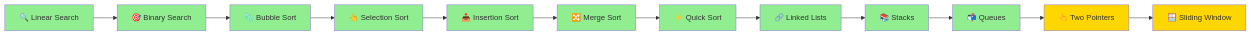
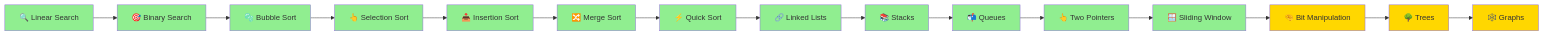
One commit to Shivambansal96/Shreyas-Engineering-Clg-Hyd changed the diagram in Readme.md. Above: the diagram before and after it, drawn with Mermaid. The commit also changed other lines of this file and 2 other files, not shown here.

````diff
--- a/Readme.md
+++ b/Readme.md
@@ -122,27 +134,33 @@
 ```mermaid
 graph LR
     A[🔍 Linear Search] --> B[🎯 Binary Search]
     B --> C[🫧 Bubble Sort]
     C --> D[👆 Selection Sort]
     D --> E[📥 Insertion Sort]
     E --> F[🔀 Merge Sort]
     F --> G[⚡ Quick Sort]
     G --> H[🔗 Linked Lists]
     H --> I[📚 Stacks]
     I --> J[📬 Queues]
     J --> K[👆 Two Pointers]
     K --> L[🪟 Sliding Window]
+    L --> M[🤏 Bit Manipulation]
+    M --> N[🌳 Trees]
+    N --> O[🕸️ Graphs]
     
     style A fill:#90EE90
     style B fill:#90EE90
     style C fill:#90EE90
     style D fill:#90EE90
     style E fill:#90EE90
     style F fill:#90EE90
     style G fill:#90EE90
     style H fill:#90EE90
     style I fill:#90EE90
     style J fill:#90EE90
-    style K fill:#FFD700
-    style L fill:#FFD700
+    style K fill:#90EE90
+    style L fill:#90EE90
+    style M fill:#FFD700
+    style N fill:#FFD700
+    style O fill:#FFD700
 ```
````
